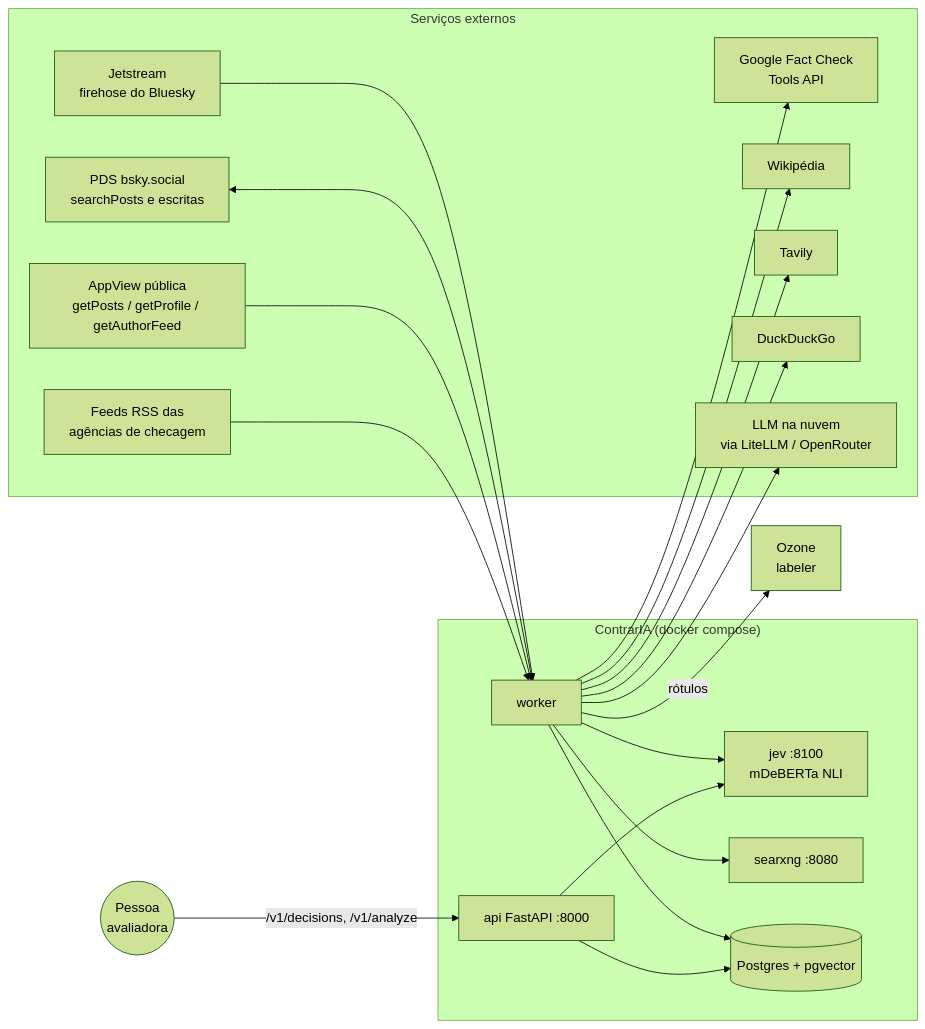
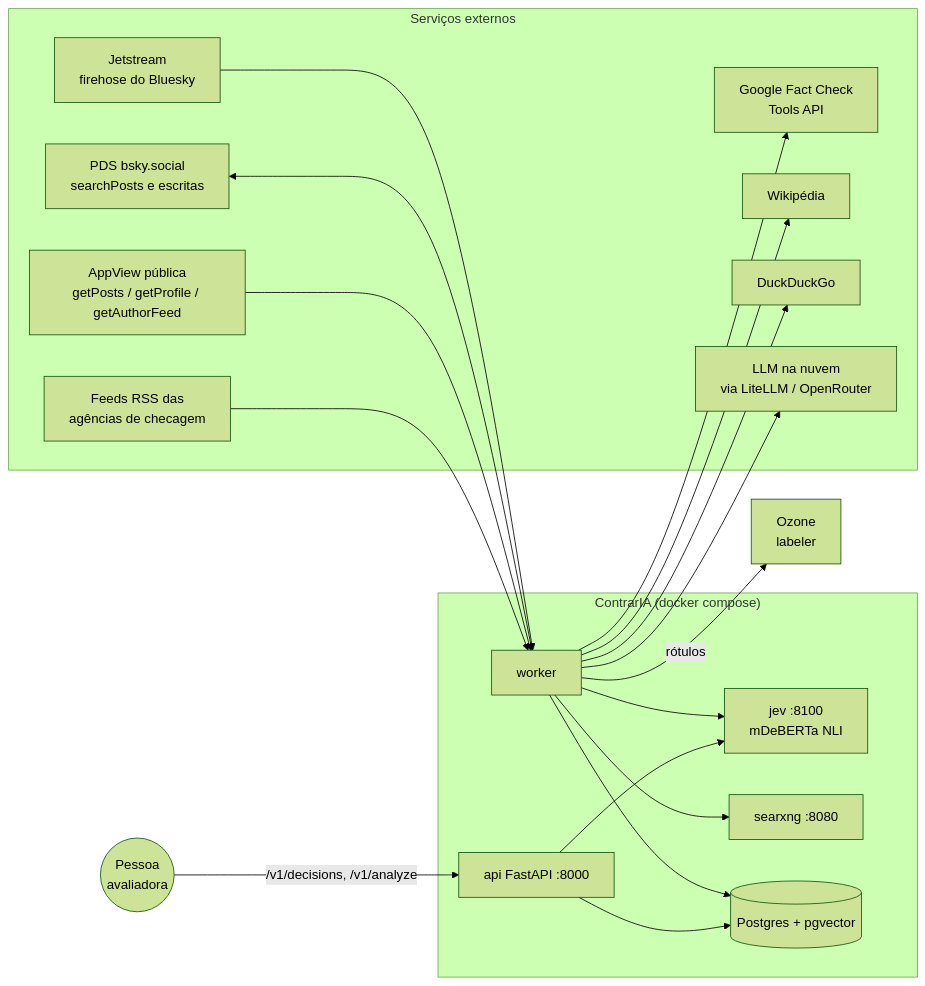
One commit to moonshinerd/ContrarIA changed the first of 4 diagrams in docs/arquitetura/index.md. Above: the diagram before and after it, drawn with Mermaid (forest theme). The commit also changed other lines of this file and 22 other files, not shown here.

````diff
--- a/docs/arquitetura/index.md
+++ b/docs/arquitetura/index.md
@@ -12,39 +12,38 @@
 ```mermaid
 flowchart LR
     subgraph Externo["Serviços externos"]
         JS[Jetstream<br/>firehose do Bluesky]
         PDS[PDS bsky.social<br/>searchPosts e escritas]
         APP[AppView pública<br/>getPosts / getProfile / getAuthorFeed]
         FC[Google Fact Check<br/>Tools API]
         WP[Wikipédia]
-        TV[Tavily]
         DDG[DuckDuckGo]
         RSSX[Feeds RSS das<br/>agências de checagem]
         OR[LLM na nuvem<br/>via LiteLLM / OpenRouter]
     end
 
     subgraph ContrarIA["ContrarIA (docker compose)"]
         W[worker]
         A[api FastAPI :8000]
         J[jev :8100<br/>mDeBERTa NLI]
         SX[searxng :8080]
         DB[(Postgres + pgvector)]
     end
 
     OZ[Ozone<br/>labeler]
     U((Pessoa<br/>avaliadora))
 
     JS --> W
     PDS <--> W
     APP --> W
     W --> J
     W --> SX
     W --> DB
-    W --> FC & WP & TV & DDG
+    W --> FC & WP & DDG
     RSSX --> W
     W --> OR
     W -- rótulos --> OZ
     U -- /v1/decisions, /v1/analyze --> A
     A --> DB
     A --> J
 ```
````
